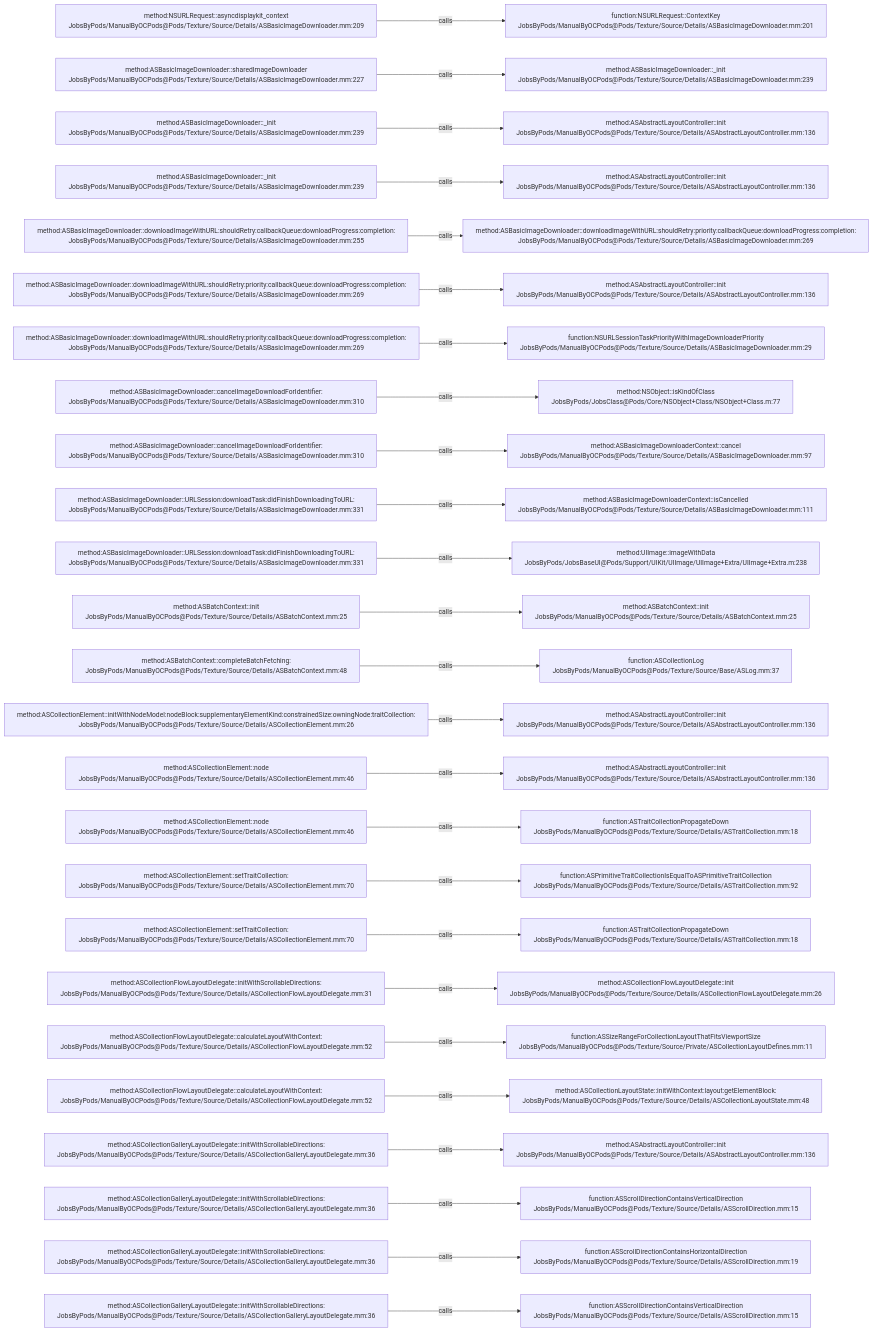
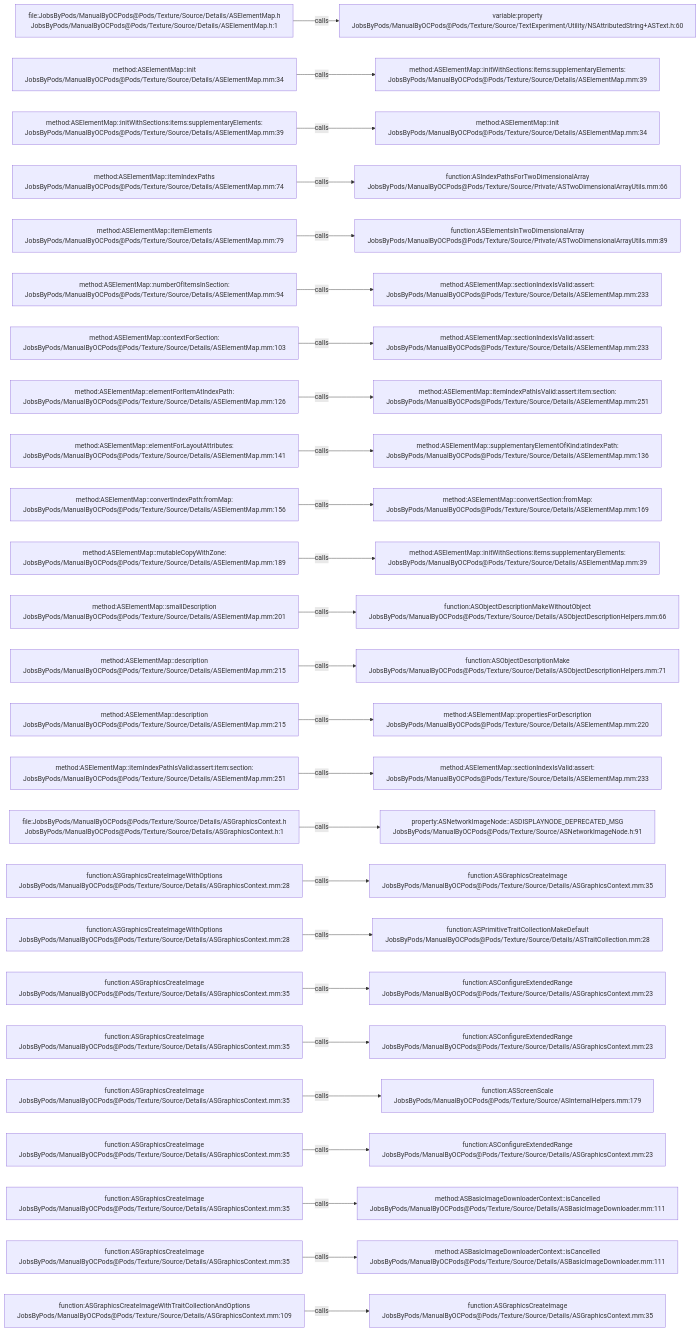
The diagram in .codegraph/codegraph.md/graphs/calls-159.md (JobsKits/JobsOCBaseConfigDemo), drawn with Mermaid before and after one commit. The commit also changed 1223 other files, not shown here.

````diff
--- a/.codegraph/codegraph.md/graphs/calls-159.md
+++ b/.codegraph/codegraph.md/graphs/calls-159.md
@@ -13,78 +13,78 @@
 ```mermaid
 flowchart LR
-  S1["method:NSURLRequest::asyncdisplaykit_context<br/>JobsByPods/ManualByOCPods@Pods/Texture/Source/Details/ASBasicImageDownloader.mm:209"]
-  T1["function:NSURLRequest::ContextKey<br/>JobsByPods/ManualByOCPods@Pods/Texture/Source/Details/ASBasicImageDownloader.mm:201"]
+  S1["file:JobsByPods/ManualByOCPods@Pods/Texture/Source/Details/ASElementMap.h<br/>JobsByPods/ManualByOCPods@Pods/Texture/Source/Details/ASElementMap.h:1"]
+  T1["variable:property<br/>JobsByPods/ManualByOCPods@Pods/Texture/Source/TextExperiment/Utility/NSAttributedString+ASText.h:60"]
   S1 -->|calls| T1
-  S2["method:ASBasicImageDownloader::sharedImageDownloader<br/>JobsByPods/ManualByOCPods@Pods/Texture/Source/Details/ASBasicImageDownloader.mm:227"]
-  T2["method:ASBasicImageDownloader::_init<br/>JobsByPods/ManualByOCPods@Pods/Texture/Source/Details/ASBasicImageDownloader.mm:239"]
+  S2["method:ASElementMap::init<br/>JobsByPods/ManualByOCPods@Pods/Texture/Source/Details/ASElementMap.mm:34"]
+  T2["method:ASElementMap::initWithSections:items:supplementaryElements:<br/>JobsByPods/ManualByOCPods@Pods/Texture/Source/Details/ASElementMap.mm:39"]
   S2 -->|calls| T2
-  S3["method:ASBasicImageDownloader::_init<br/>JobsByPods/ManualByOCPods@Pods/Texture/Source/Details/ASBasicImageDownloader.mm:239"]
-  T3["method:ASAbstractLayoutController::init<br/>JobsByPods/ManualByOCPods@Pods/Texture/Source/Details/ASAbstractLayoutController.mm:136"]
+  S3["method:ASElementMap::initWithSections:items:supplementaryElements:<br/>JobsByPods/ManualByOCPods@Pods/Texture/Source/Details/ASElementMap.mm:39"]
+  T3["method:ASElementMap::init<br/>JobsByPods/ManualByOCPods@Pods/Texture/Source/Details/ASElementMap.mm:34"]
   S3 -->|calls| T3
-  S4["method:ASBasicImageDownloader::_init<br/>JobsByPods/ManualByOCPods@Pods/Texture/Source/Details/ASBasicImageDownloader.mm:239"]
-  T4["method:ASAbstractLayoutController::init<br/>JobsByPods/ManualByOCPods@Pods/Texture/Source/Details/ASAbstractLayoutController.mm:136"]
+  S4["method:ASElementMap::itemIndexPaths<br/>JobsByPods/ManualByOCPods@Pods/Texture/Source/Details/ASElementMap.mm:74"]
+  T4["function:ASIndexPathsForTwoDimensionalArray<br/>JobsByPods/ManualByOCPods@Pods/Texture/Source/Private/ASTwoDimensionalArrayUtils.mm:66"]
   S4 -->|calls| T4
-  S5["method:ASBasicImageDownloader::downloadImageWithURL:shouldRetry:callbackQueue:downloadProgress:completion:<br/>JobsByPods/ManualByOCPods@Pods/Texture/Source/Details/ASBasicImageDownloader.mm:255"]
-  T5["method:ASBasicImageDownloader::downloadImageWithURL:shouldRetry:priority:callbackQueue:downloadProgress:completion:<br/>JobsByPods/ManualByOCPods@Pods/Texture/Source/Details/ASBasicImageDownloader.mm:269"]
+  S5["method:ASElementMap::itemElements<br/>JobsByPods/ManualByOCPods@Pods/Texture/Source/Details/ASElementMap.mm:79"]
+  T5["function:ASElementsInTwoDimensionalArray<br/>JobsByPods/ManualByOCPods@Pods/Texture/Source/Private/ASTwoDimensionalArrayUtils.mm:89"]
   S5 -->|calls| T5
-  S6["method:ASBasicImageDownloader::downloadImageWithURL:shouldRetry:priority:callbackQueue:downloadProgress:completion:<br/>JobsByPods/ManualByOCPods@Pods/Texture/Source/Details/ASBasicImageDownloader.mm:269"]
-  T6["method:ASAbstractLayoutController::init<br/>JobsByPods/ManualByOCPods@Pods/Texture/Source/Details/ASAbstractLayoutController.mm:136"]
+  S6["method:ASElementMap::numberOfItemsInSection:<br/>JobsByPods/ManualByOCPods@Pods/Texture/Source/Details/ASElementMap.mm:94"]
+  T6["method:ASElementMap::sectionIndexIsValid:assert:<br/>JobsByPods/ManualByOCPods@Pods/Texture/Source/Details/ASElementMap.mm:233"]
   S6 -->|calls| T6
-  S7["method:ASBasicImageDownloader::downloadImageWithURL:shouldRetry:priority:callbackQueue:downloadProgress:completion:<br/>JobsByPods/ManualByOCPods@Pods/Texture/Source/Details/ASBasicImageDownloader.mm:269"]
-  T7["function:NSURLSessionTaskPriorityWithImageDownloaderPriority<br/>JobsByPods/ManualByOCPods@Pods/Texture/Source/Details/ASBasicImageDownloader.mm:29"]
+  S7["method:ASElementMap::contextForSection:<br/>JobsByPods/ManualByOCPods@Pods/Texture/Source/Details/ASElementMap.mm:103"]
+  T7["method:ASElementMap::sectionIndexIsValid:assert:<br/>JobsByPods/ManualByOCPods@Pods/Texture/Source/Details/ASElementMap.mm:233"]
   S7 -->|calls| T7
-  S8["method:ASBasicImageDownloader::cancelImageDownloadForIdentifier:<br/>JobsByPods/ManualByOCPods@Pods/Texture/Source/Details/ASBasicImageDownloader.mm:310"]
-  T8["method:NSObject::isKindOfClass<br/>JobsByPods/JobsClass@Pods/Core/NSObject+Class/NSObject+Class.m:77"]
+  S8["method:ASElementMap::elementForItemAtIndexPath:<br/>JobsByPods/ManualByOCPods@Pods/Texture/Source/Details/ASElementMap.mm:126"]
+  T8["method:ASElementMap::itemIndexPathIsValid:assert:item:section:<br/>JobsByPods/ManualByOCPods@Pods/Texture/Source/Details/ASElementMap.mm:251"]
   S8 -->|calls| T8
-  S9["method:ASBasicImageDownloader::cancelImageDownloadForIdentifier:<br/>JobsByPods/ManualByOCPods@Pods/Texture/Source/Details/ASBasicImageDownloader.mm:310"]
-  T9["method:ASBasicImageDownloaderContext::cancel<br/>JobsByPods/ManualByOCPods@Pods/Texture/Source/Details/ASBasicImageDownloader.mm:97"]
+  S9["method:ASElementMap::elementForLayoutAttributes:<br/>JobsByPods/ManualByOCPods@Pods/Texture/Source/Details/ASElementMap.mm:141"]
+  T9["method:ASElementMap::supplementaryElementOfKind:atIndexPath:<br/>JobsByPods/ManualByOCPods@Pods/Texture/Source/Details/ASElementMap.mm:136"]
   S9 -->|calls| T9
-  S10["method:ASBasicImageDownloader::URLSession:downloadTask:didFinishDownloadingToURL:<br/>JobsByPods/ManualByOCPods@Pods/Texture/Source/Details/ASBasicImageDownloader.mm:331"]
-  T10["method:ASBasicImageDownloaderContext::isCancelled<br/>JobsByPods/ManualByOCPods@Pods/Texture/Source/Details/ASBasicImageDownloader.mm:111"]
+  S10["method:ASElementMap::convertIndexPath:fromMap:<br/>JobsByPods/ManualByOCPods@Pods/Texture/Source/Details/ASElementMap.mm:156"]
+  T10["method:ASElementMap::convertSection:fromMap:<br/>JobsByPods/ManualByOCPods@Pods/Texture/Source/Details/ASElementMap.mm:169"]
   S10 -->|calls| T10
-  S11["method:ASBasicImageDownloader::URLSession:downloadTask:didFinishDownloadingToURL:<br/>JobsByPods/ManualByOCPods@Pods/Texture/Source/Details/ASBasicImageDownloader.mm:331"]
-  T11["method:UIImage::imageWithData<br/>JobsByPods/JobsBaseUI@Pods/Support/UIKit/UIImage/UIImage+Extra/UIImage+Extra.m:238"]
+  S11["method:ASElementMap::mutableCopyWithZone:<br/>JobsByPods/ManualByOCPods@Pods/Texture/Source/Details/ASElementMap.mm:189"]
+  T11["method:ASElementMap::initWithSections:items:supplementaryElements:<br/>JobsByPods/ManualByOCPods@Pods/Texture/Source/Details/ASElementMap.mm:39"]
   S11 -->|calls| T11
-  S12["method:ASBatchContext::init<br/>JobsByPods/ManualByOCPods@Pods/Texture/Source/Details/ASBatchContext.mm:25"]
-  T12["method:ASBatchContext::init<br/>JobsByPods/ManualByOCPods@Pods/Texture/Source/Details/ASBatchContext.mm:25"]
+  S12["method:ASElementMap::smallDescription<br/>JobsByPods/ManualByOCPods@Pods/Texture/Source/Details/ASElementMap.mm:201"]
+  T12["function:ASObjectDescriptionMakeWithoutObject<br/>JobsByPods/ManualByOCPods@Pods/Texture/Source/Details/ASObjectDescriptionHelpers.mm:66"]
   S12 -->|calls| T12
-  S13["method:ASBatchContext::completeBatchFetching:<br/>JobsByPods/ManualByOCPods@Pods/Texture/Source/Details/ASBatchContext.mm:48"]
-  T13["function:ASCollectionLog<br/>JobsByPods/ManualByOCPods@Pods/Texture/Source/Base/ASLog.mm:37"]
+  S13["method:ASElementMap::description<br/>JobsByPods/ManualByOCPods@Pods/Texture/Source/Details/ASElementMap.mm:215"]
+  T13["function:ASObjectDescriptionMake<br/>JobsByPods/ManualByOCPods@Pods/Texture/Source/Details/ASObjectDescriptionHelpers.mm:71"]
   S13 -->|calls| T13
-  S14["method:ASCollectionElement::initWithNodeModel:nodeBlock:supplementaryElementKind:constrainedSize:owningNode:traitCollection:<br/>JobsByPods/ManualByOCPods@Pods/Texture/Source/Details/ASCollectionElement.mm:26"]
-  T14["method:ASAbstractLayoutController::init<br/>JobsByPods/ManualByOCPods@Pods/Texture/Source/Details/ASAbstractLayoutController.mm:136"]
+  S14["method:ASElementMap::description<br/>JobsByPods/ManualByOCPods@Pods/Texture/Source/Details/ASElementMap.mm:215"]
+  T14["method:ASElementMap::propertiesForDescription<br/>JobsByPods/ManualByOCPods@Pods/Texture/Source/Details/ASElementMap.mm:220"]
   S14 -->|calls| T14
-  S15["method:ASCollectionElement::node<br/>JobsByPods/ManualByOCPods@Pods/Texture/Source/Details/ASCollectionElement.mm:46"]
-  T15["method:ASAbstractLayoutController::init<br/>JobsByPods/ManualByOCPods@Pods/Texture/Source/Details/ASAbstractLayoutController.mm:136"]
+  S15["method:ASElementMap::itemIndexPathIsValid:assert:item:section:<br/>JobsByPods/ManualByOCPods@Pods/Texture/Source/Details/ASElementMap.mm:251"]
+  T15["method:ASElementMap::sectionIndexIsValid:assert:<br/>JobsByPods/ManualByOCPods@Pods/Texture/Source/Details/ASElementMap.mm:233"]
   S15 -->|calls| T15
-  S16["method:ASCollectionElement::node<br/>JobsByPods/ManualByOCPods@Pods/Texture/Source/Details/ASCollectionElement.mm:46"]
-  T16["function:ASTraitCollectionPropagateDown<br/>JobsByPods/ManualByOCPods@Pods/Texture/Source/Details/ASTraitCollection.mm:18"]
+  S16["file:JobsByPods/ManualByOCPods@Pods/Texture/Source/Details/ASGraphicsContext.h<br/>JobsByPods/ManualByOCPods@Pods/Texture/Source/Details/ASGraphicsContext.h:1"]
+  T16["property:ASNetworkImageNode::ASDISPLAYNODE_DEPRECATED_MSG<br/>JobsByPods/ManualByOCPods@Pods/Texture/Source/ASNetworkImageNode.h:91"]
   S16 -->|calls| T16
-  S17["method:ASCollectionElement::setTraitCollection:<br/>JobsByPods/ManualByOCPods@Pods/Texture/Source/Details/ASCollectionElement.mm:70"]
-  T17["function:ASPrimitiveTraitCollectionIsEqualToASPrimitiveTraitCollection<br/>JobsByPods/ManualByOCPods@Pods/Texture/Source/Details/ASTraitCollection.mm:92"]
+  S17["function:ASGraphicsCreateImageWithOptions<br/>JobsByPods/ManualByOCPods@Pods/Texture/Source/Details/ASGraphicsContext.mm:28"]
+  T17["function:ASGraphicsCreateImage<br/>JobsByPods/ManualByOCPods@Pods/Texture/Source/Details/ASGraphicsContext.mm:35"]
   S17 -->|calls| T17
-  S18["method:ASCollectionElement::setTraitCollection:<br/>JobsByPods/ManualByOCPods@Pods/Texture/Source/Details/ASCollectionElement.mm:70"]
-  T18["function:ASTraitCollectionPropagateDown<br/>JobsByPods/ManualByOCPods@Pods/Texture/Source/Details/ASTraitCollection.mm:18"]
+  S18["function:ASGraphicsCreateImageWithOptions<br/>JobsByPods/ManualByOCPods@Pods/Texture/Source/Details/ASGraphicsContext.mm:28"]
+  T18["function:ASPrimitiveTraitCollectionMakeDefault<br/>JobsByPods/ManualByOCPods@Pods/Texture/Source/Details/ASTraitCollection.mm:28"]
   S18 -->|calls| T18
-  S19["method:ASCollectionFlowLayoutDelegate::initWithScrollableDirections:<br/>JobsByPods/ManualByOCPods@Pods/Texture/Source/Details/ASCollectionFlowLayoutDelegate.mm:31"]
-  T19["method:ASCollectionFlowLayoutDelegate::init<br/>JobsByPods/ManualByOCPods@Pods/Texture/Source/Details/ASCollectionFlowLayoutDelegate.mm:26"]
+  S19["function:ASGraphicsCreateImage<br/>JobsByPods/ManualByOCPods@Pods/Texture/Source/Details/ASGraphicsContext.mm:35"]
+  T19["function:ASConfigureExtendedRange<br/>JobsByPods/ManualByOCPods@Pods/Texture/Source/Details/ASGraphicsContext.mm:23"]
   S19 -->|calls| T19
-  S20["method:ASCollectionFlowLayoutDelegate::calculateLayoutWithContext:<br/>JobsByPods/ManualByOCPods@Pods/Texture/Source/Details/ASCollectionFlowLayoutDelegate.mm:52"]
-  T20["function:ASSizeRangeForCollectionLayoutThatFitsViewportSize<br/>JobsByPods/ManualByOCPods@Pods/Texture/Source/Private/ASCollectionLayoutDefines.mm:11"]
+  S20["function:ASGraphicsCreateImage<br/>JobsByPods/ManualByOCPods@Pods/Texture/Source/Details/ASGraphicsContext.mm:35"]
+  T20["function:ASConfigureExtendedRange<br/>JobsByPods/ManualByOCPods@Pods/Texture/Source/Details/ASGraphicsContext.mm:23"]
   S20 -->|calls| T20
-  S21["method:ASCollectionFlowLayoutDelegate::calculateLayoutWithContext:<br/>JobsByPods/ManualByOCPods@Pods/Texture/Source/Details/ASCollectionFlowLayoutDelegate.mm:52"]
-  T21["method:ASCollectionLayoutState::initWithContext:layout:getElementBlock:<br/>JobsByPods/ManualByOCPods@Pods/Texture/Source/Details/ASCollectionLayoutState.mm:48"]
+  S21["function:ASGraphicsCreateImage<br/>JobsByPods/ManualByOCPods@Pods/Texture/Source/Details/ASGraphicsContext.mm:35"]
+  T21["function:ASScreenScale<br/>JobsByPods/ManualByOCPods@Pods/Texture/Source/ASInternalHelpers.mm:179"]
   S21 -->|calls| T21
-  S22["method:ASCollectionGalleryLayoutDelegate::initWithScrollableDirections:<br/>JobsByPods/ManualByOCPods@Pods/Texture/Source/Details/ASCollectionGalleryLayoutDelegate.mm:36"]
-  T22["method:ASAbstractLayoutController::init<br/>JobsByPods/ManualByOCPods@Pods/Texture/Source/Details/ASAbstractLayoutController.mm:136"]
+  S22["function:ASGraphicsCreateImage<br/>JobsByPods/ManualByOCPods@Pods/Texture/Source/Details/ASGraphicsContext.mm:35"]
+  T22["function:ASConfigureExtendedRange<br/>JobsByPods/ManualByOCPods@Pods/Texture/Source/Details/ASGraphicsContext.mm:23"]
   S22 -->|calls| T22
-  S23["method:ASCollectionGalleryLayoutDelegate::initWithScrollableDirections:<br/>JobsByPods/ManualByOCPods@Pods/Texture/Source/Details/ASCollectionGalleryLayoutDelegate.mm:36"]
-  T23["function:ASScrollDirectionContainsVerticalDirection<br/>JobsByPods/ManualByOCPods@Pods/Texture/Source/Details/ASScrollDirection.mm:15"]
+  S23["function:ASGraphicsCreateImage<br/>JobsByPods/ManualByOCPods@Pods/Texture/Source/Details/ASGraphicsContext.mm:35"]
+  T23["method:ASBasicImageDownloaderContext::isCancelled<br/>JobsByPods/ManualByOCPods@Pods/Texture/Source/Details/ASBasicImageDownloader.mm:111"]
   S23 -->|calls| T23
-  S24["method:ASCollectionGalleryLayoutDelegate::initWithScrollableDirections:<br/>JobsByPods/ManualByOCPods@Pods/Texture/Source/Details/ASCollectionGalleryLayoutDelegate.mm:36"]
-  T24["function:ASScrollDirectionContainsHorizontalDirection<br/>JobsByPods/ManualByOCPods@Pods/Texture/Source/Details/ASScrollDirection.mm:19"]
+  S24["function:ASGraphicsCreateImage<br/>JobsByPods/ManualByOCPods@Pods/Texture/Source/Details/ASGraphicsContext.mm:35"]
+  T24["method:ASBasicImageDownloaderContext::isCancelled<br/>JobsByPods/ManualByOCPods@Pods/Texture/Source/Details/ASBasicImageDownloader.mm:111"]
   S24 -->|calls| T24
-  S25["method:ASCollectionGalleryLayoutDelegate::initWithScrollableDirections:<br/>JobsByPods/ManualByOCPods@Pods/Texture/Source/Details/ASCollectionGalleryLayoutDelegate.mm:36"]
-  T25["function:ASScrollDirectionContainsVerticalDirection<br/>JobsByPods/ManualByOCPods@Pods/Texture/Source/Details/ASScrollDirection.mm:15"]
+  S25["function:ASGraphicsCreateImageWithTraitCollectionAndOptions<br/>JobsByPods/ManualByOCPods@Pods/Texture/Source/Details/ASGraphicsContext.mm:109"]
+  T25["function:ASGraphicsCreateImage<br/>JobsByPods/ManualByOCPods@Pods/Texture/Source/Details/ASGraphicsContext.mm:35"]
   S25 -->|calls| T25
 ```
````
